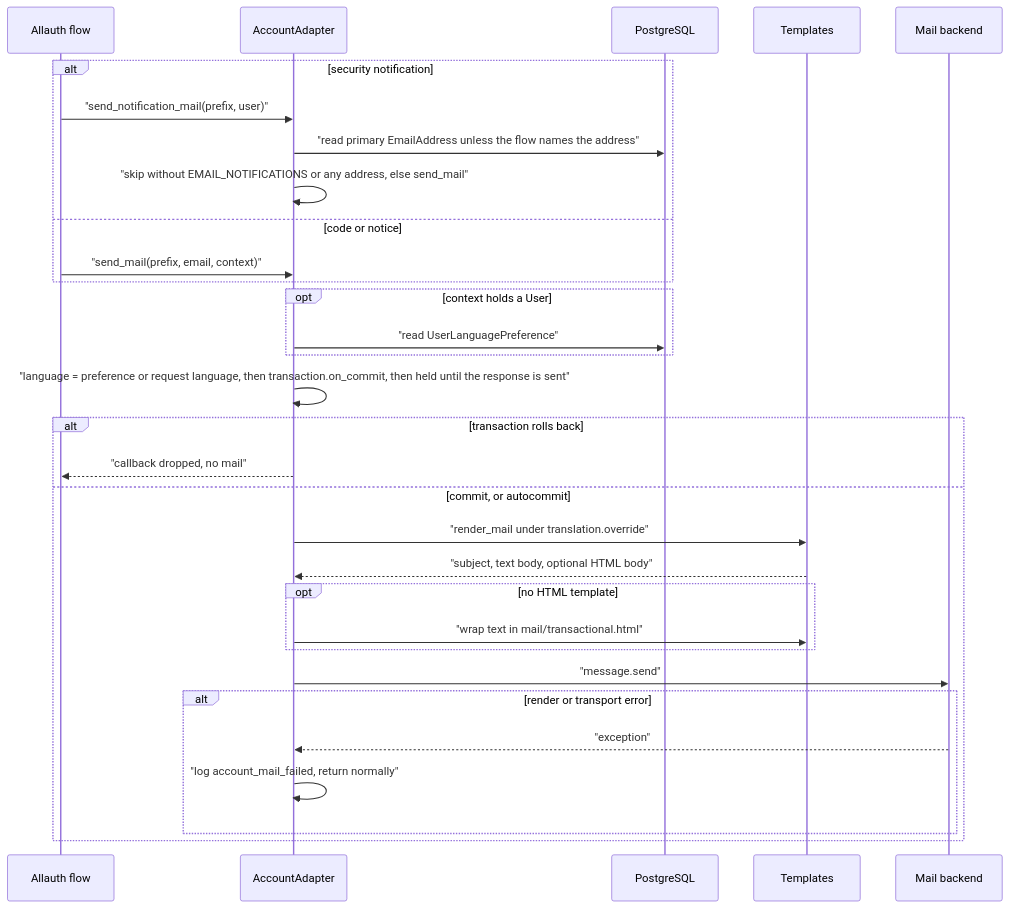
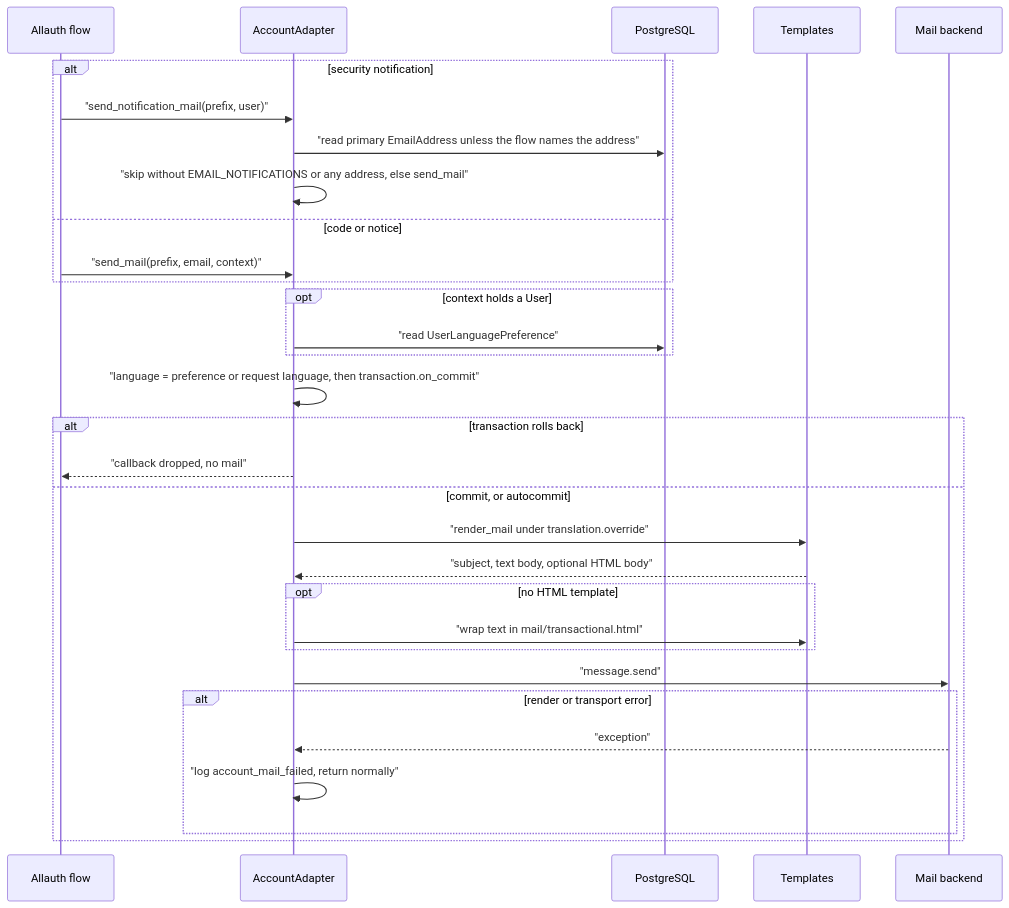
The diagram in docs/flows/account-mail-notifications.md (erkurtharun/pyracast), drawn with Mermaid before and after one commit. The commit also changed other lines of this file and 14 other files, not shown here.

````diff
--- a/docs/flows/account-mail-notifications.md
+++ b/docs/flows/account-mail-notifications.md
@@ -16,33 +15,33 @@
 ```mermaid
 sequenceDiagram
     participant F as Allauth flow
     participant A as AccountAdapter
     participant DB as PostgreSQL
     participant T as Templates
     participant M as Mail backend
     alt security notification
         F->>A: "send_notification_mail(prefix, user)"
         A->>DB: "read primary EmailAddress unless the flow names the address"
         A->>A: "skip without EMAIL_NOTIFICATIONS or any address, else send_mail"
     else code or notice
         F->>A: "send_mail(prefix, email, context)"
     end
     opt context holds a User
         A->>DB: "read UserLanguagePreference"
     end
-    A->>A: "language = preference or request language, then transaction.on_commit, then held until the response is sent"
+    A->>A: "language = preference or request language, then transaction.on_commit"
     alt transaction rolls back
         A-->>F: "callback dropped, no mail"
     else commit, or autocommit
         A->>T: "render_mail under translation.override"
         T-->>A: "subject, text body, optional HTML body"
         opt no HTML template
             A->>T: "wrap text in mail/transactional.html"
         end
         A->>M: "message.send"
         alt render or transport error
             M-->>A: "exception"
             A->>A: "log account_mail_failed, return normally"
         end
     end
 ```
````
